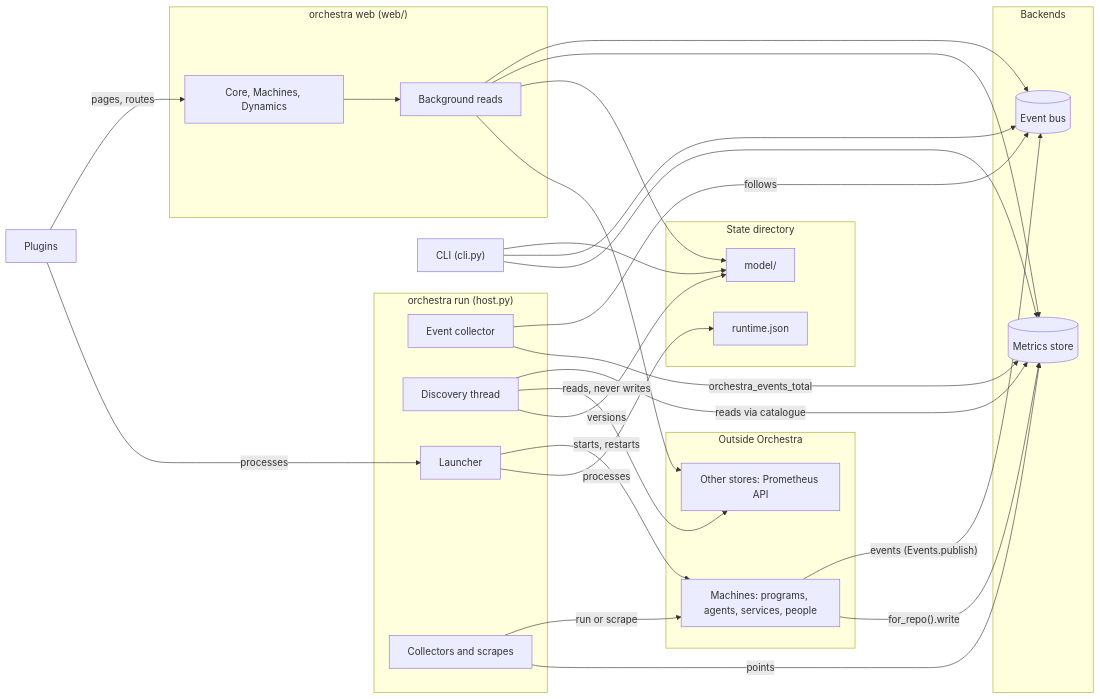
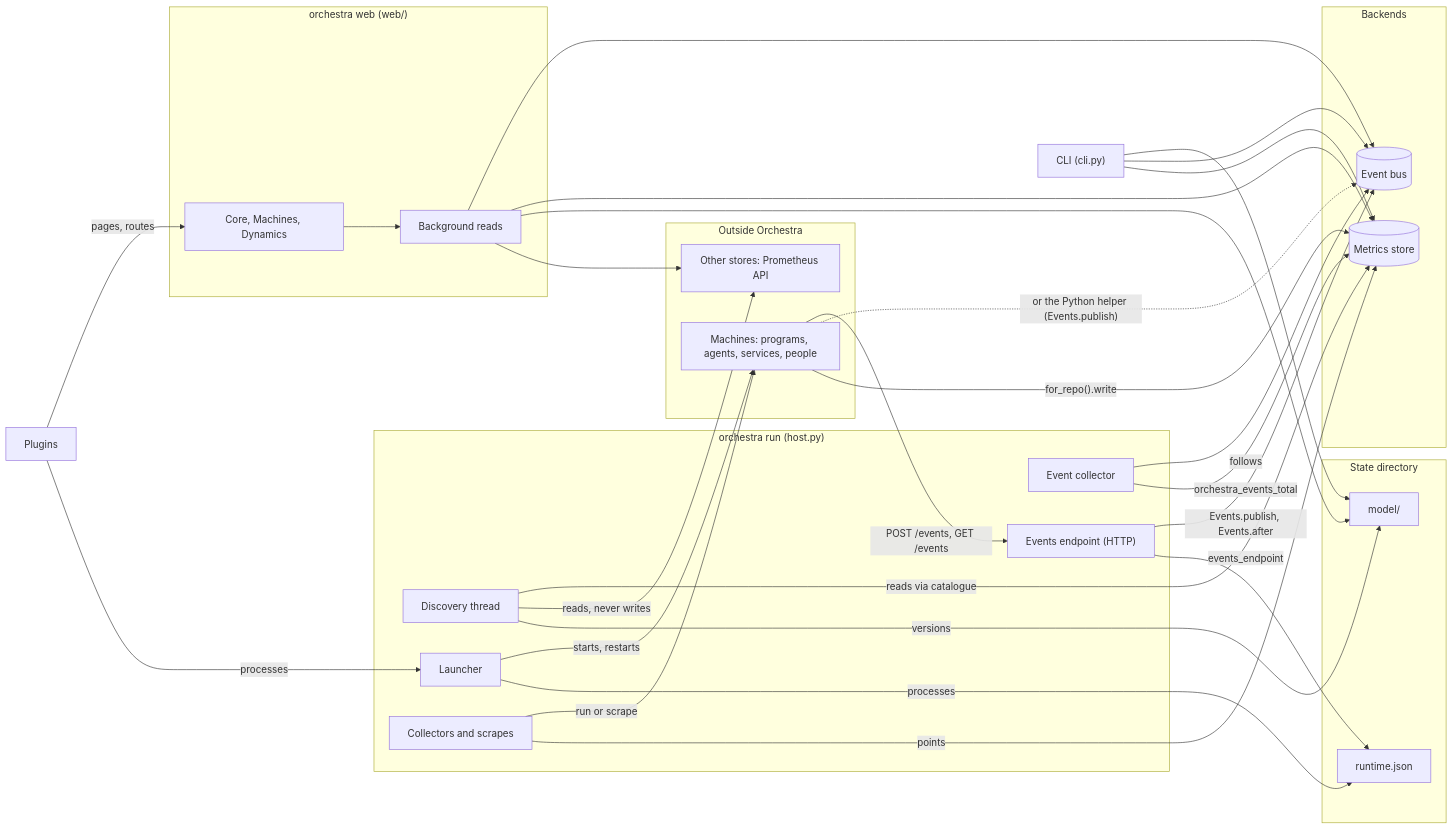
One commit to danroblewis/orchestra changed the first of 7 diagrams in ARCHITECTURE.md. Above: the diagram before and after it, drawn with Mermaid. The commit also changed other lines of this file and 4 other files, not shown here.

First line of the commit message:
Docs: events over HTTP in USING_ORCHESTRA, machines.md, ARCHITECTURE, PLUGINS and the README

````diff
--- a/ARCHITECTURE.md
+++ b/ARCHITECTURE.md
@@ -40,49 +40,53 @@
 ```mermaid
 flowchart LR
   subgraph outside["Outside Orchestra"]
     M["Machines: programs, agents, services, people"]
     R["Other stores: Prometheus API"]
   end
   subgraph host["orchestra run (host.py)"]
     EC["Event collector"]
     DI["Discovery thread"]
     LA["Launcher"]
     CO["Collectors and scrapes"]
+    EP["Events endpoint (HTTP)"]
   end
   subgraph stores["Backends"]
     BUS[("Event bus")]
     MET[("Metrics store")]
   end
   subgraph state["State directory"]
     RT["runtime.json"]
     MS["model/"]
   end
   subgraph web["orchestra web (web/)"]
     BG["Background reads"]
     UI["Core, Machines, Dynamics"]
   end
   PL["Plugins"]
   CLI["CLI (cli.py)"]
 
-  M -- "events (Events.publish)" --> BUS
+  M -- "POST /events, GET /events" --> EP
+  EP -- "Events.publish, Events.after" --> BUS
+  M -. "or the Python helper (Events.publish)" .-> BUS
   M -- "for_repo().write" --> MET
   LA -- "starts, restarts" --> M
   CO -- "run or scrape" --> M
   CO -- "points" --> MET
   EC -- "follows" --> BUS
   EC -- "orchestra_events_total" --> MET
   DI -- "reads via catalogue" --> MET
   DI -- "reads, never writes" --> R
   DI -- "versions" --> MS
   LA -- "processes" --> RT
+  EP -- "events_endpoint" --> RT
   BG --> BUS
   BG --> MET
   BG --> MS
   BG --> R
   UI --> BG
   PL -- "pages, routes" --> UI
   PL -- "processes" --> LA
   CLI --> MS
   CLI --> BUS
   CLI --> MET
 ```
````
